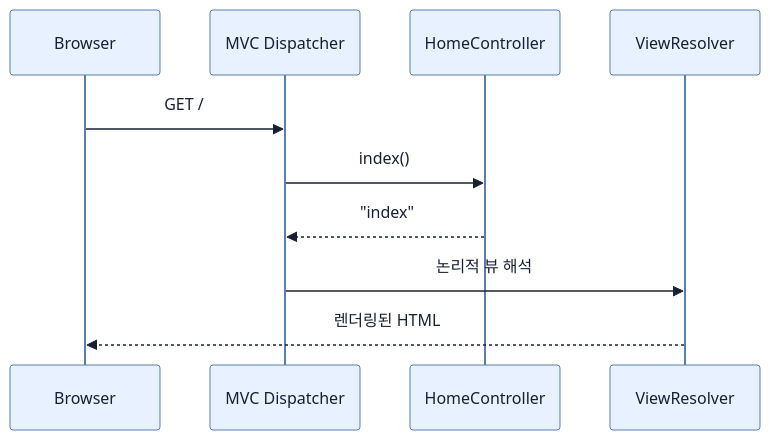
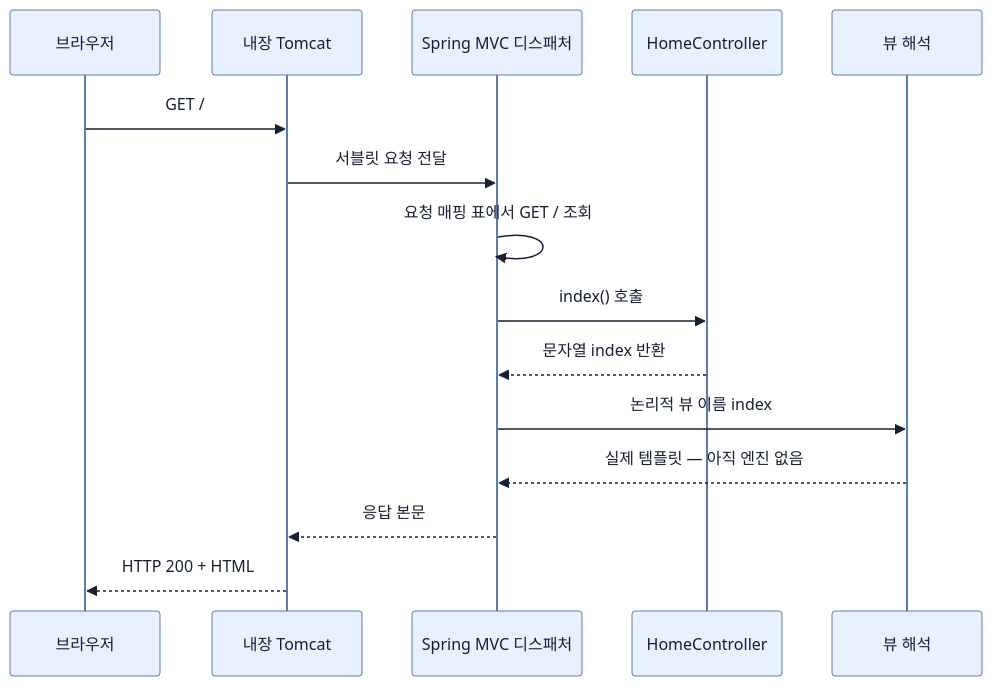
The diagram in spring-boot-4-pdf-notes/part-2-creating-an-application-with-spring-boot/chapter-2-creating-web-and-api-applications-with-spring-boot/02-creating-a-spring-mvc-web-controller.md (sing-u8/Learning_Spring_Boot_4), drawn with Mermaid before and after one commit. The commit also changed other lines of this file and 253 other files, not shown here.

````diff
--- a/spring-boot-4-pdf-notes/part-2-creating-an-application-with-spring-boot/chapter-2-creating-web-and-api-applications-with-spring-boot/02-creating-a-spring-mvc-web-controller.md
+++ b/spring-boot-4-pdf-notes/part-2-creating-an-application-with-spring-boot/chapter-2-creating-web-and-api-applications-with-spring-boot/02-creating-a-spring-mvc-web-controller.md
@@ -28,13 +142,18 @@
 ```mermaid
 %%{init: {'theme': 'base', 'themeVariables': {'background': '#ffffff', 'primaryColor': '#e8f1ff', 'primaryTextColor': '#172033', 'primaryBorderColor': '#5b7db1', 'lineColor': '#52647a', 'secondaryColor': '#f7fbff', 'tertiaryColor': '#fff7df'}}}%%
 sequenceDiagram
-    participant B as Browser
-    participant M as MVC Dispatcher
-    participant C as HomeController
-    participant V as ViewResolver
-    B->>M: GET /
-    M->>C: index()
-    C-->>M: "index"
-    M->>V: 논리적 뷰 해석
-    V-->>B: 렌더링된 HTML
+    participant B as 브라우저
+    participant T as 내장 Tomcat
+    participant D as Spring MVC 디스패처
+    participant H as HomeController
+    participant V as 뷰 해석
+    B->>T: GET /
+    T->>D: 서블릿 요청 전달
+    D->>D: 요청 매핑 표에서 GET / 조회
+    D->>H: index() 호출
+    H-->>D: 문자열 index 반환
+    D->>V: 논리적 뷰 이름 index
+    V-->>D: 실제 템플릿 — 아직 엔진 없음
+    D-->>T: 응답 본문
+    T-->>B: HTTP 200 + HTML
 ```
````
